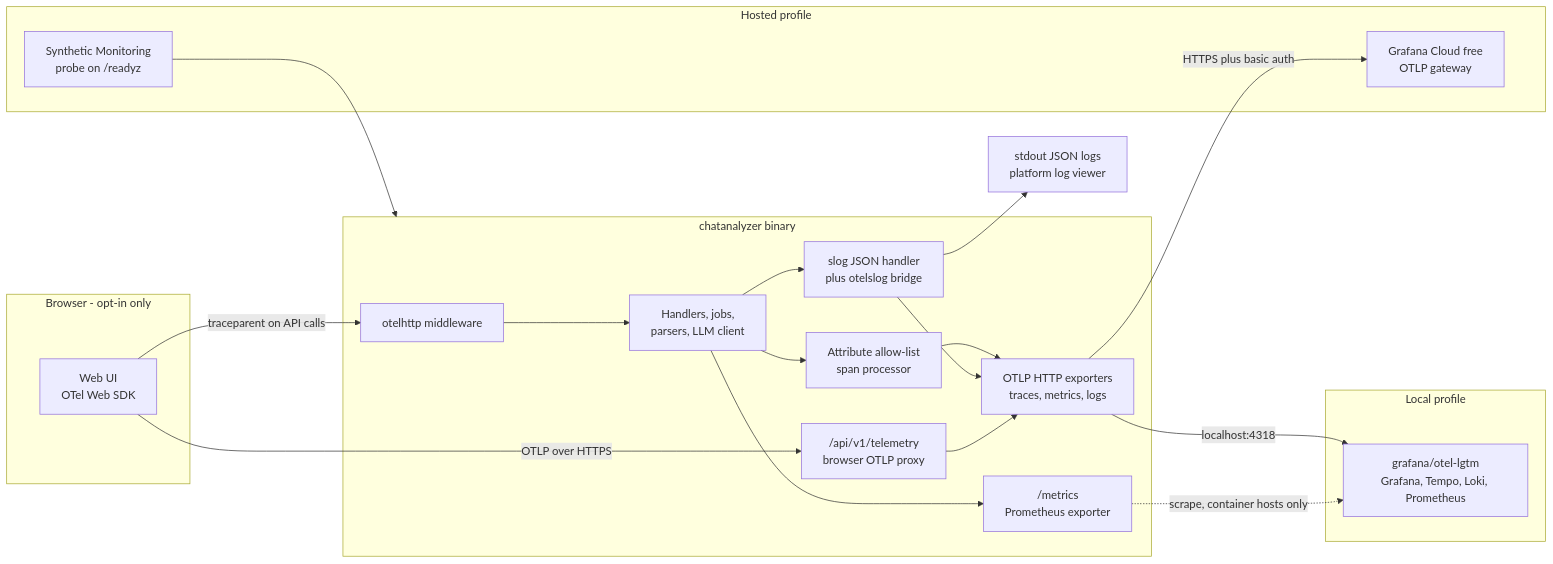
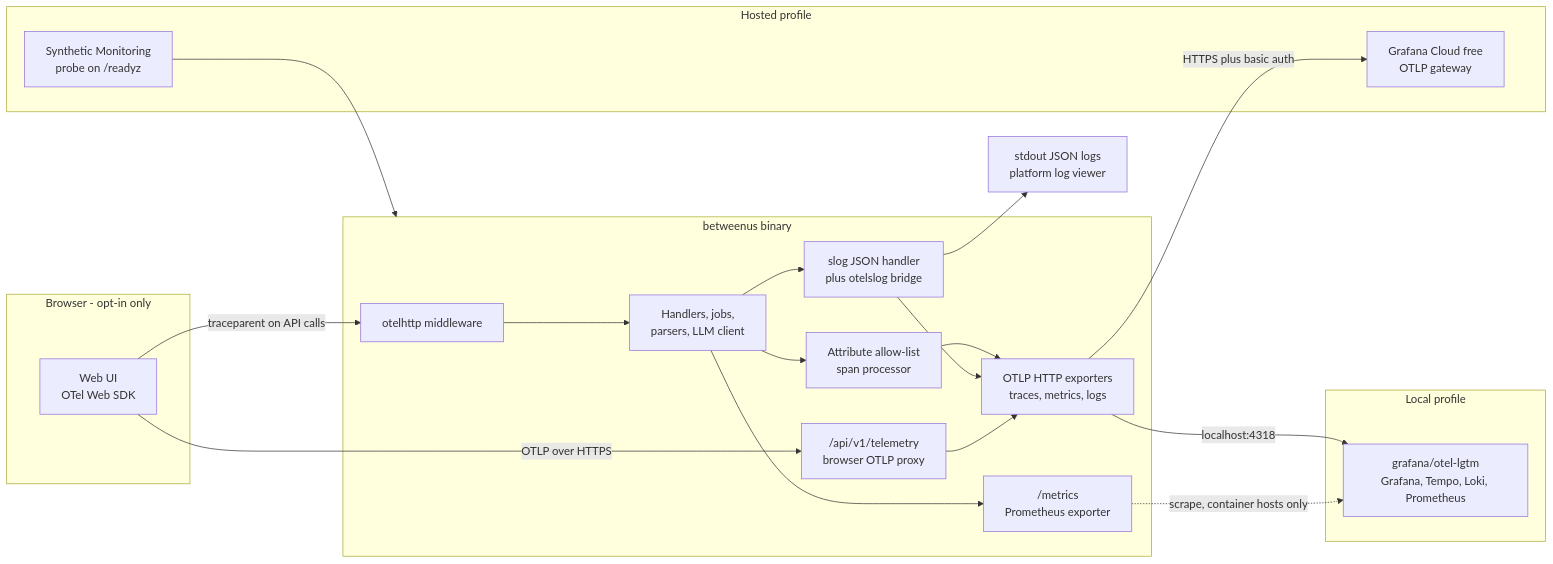
The first of 2 diagrams in docs/06-observability.md (KshitijV97/between-us), drawn with Mermaid before and after one commit. The commit also changed other lines of this file and 70 other files, not shown here.

````diff
--- a/docs/06-observability.md
+++ b/docs/06-observability.md
@@ -58,37 +58,37 @@
 ```mermaid
 flowchart LR
     subgraph Browser["Browser - opt-in only"]
         web["Web UI<br/>OTel Web SDK"]
     end
-    subgraph App["chatanalyzer binary"]
+    subgraph App["betweenus binary"]
         mw["otelhttp middleware"]
         biz["Handlers, jobs,<br/>parsers, LLM client"]
         slog["slog JSON handler<br/>plus otelslog bridge"]
         scrub["Attribute allow-list<br/>span processor"]
         prom["/metrics<br/>Prometheus exporter"]
         otlp["OTLP HTTP exporters<br/>traces, metrics, logs"]
         proxy["/api/v1/telemetry<br/>browser OTLP proxy"]
     end
     subgraph Local["Local profile"]
         lgtm["grafana/otel-lgtm<br/>Grafana, Tempo, Loki, Prometheus"]
     end
     subgraph Hosted["Hosted profile"]
         gc["Grafana Cloud free<br/>OTLP gateway"]
         syn["Synthetic Monitoring<br/>probe on /readyz"]
     end
     stdout["stdout JSON logs<br/>platform log viewer"]
 
     web -->|"traceparent on API calls"| mw
     web -->|"OTLP over HTTPS"| proxy
     mw --> biz
     biz --> scrub --> otlp
     biz --> slog
     slog --> stdout
     slog --> otlp
     proxy --> otlp
     biz --> prom
     otlp -->|"localhost:4318"| lgtm
     otlp -->|"HTTPS plus basic auth"| gc
     prom -.->|"scrape, container hosts only"| lgtm
     syn --> App
 ```
````
